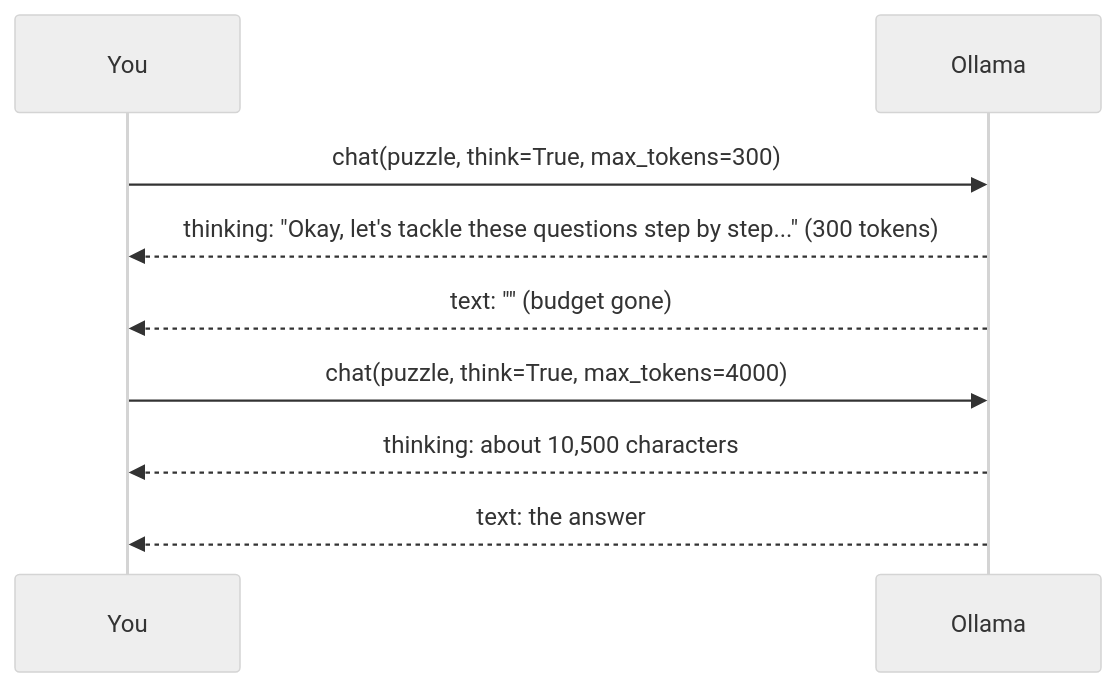
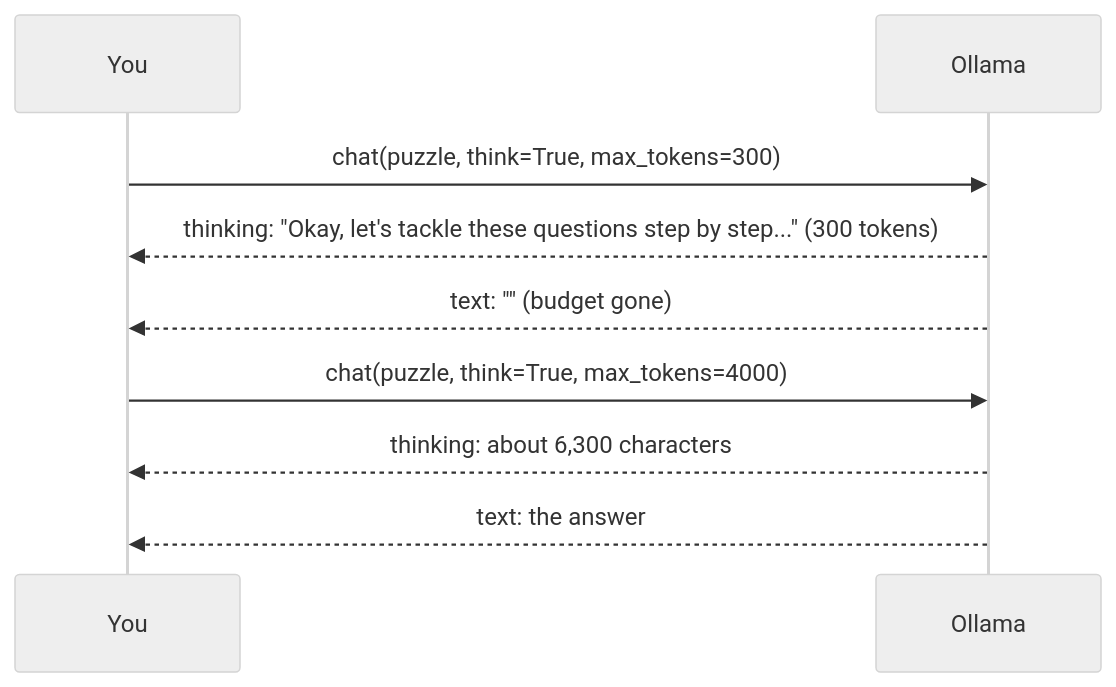
Before and after one commit to AkellaRaviTeja/prompt-engineering-lab: the second of 2 diagrams in lessons/10-thinking-mode/README.md, drawn with Mermaid (neutral theme). The commit also changed other lines of this file and 18 other files, not shown here.

````diff
--- a/lessons/10-thinking-mode/README.md
+++ b/lessons/10-thinking-mode/README.md
@@ -56,11 +56,11 @@
 ```mermaid
 sequenceDiagram
     participant You
     participant Ollama
     You->>Ollama: chat(puzzle, think=True, max_tokens=300)
     Ollama-->>You: thinking: "Okay, let's tackle these questions step by step..." (300 tokens)
     Ollama-->>You: text: "" (budget gone)
     You->>Ollama: chat(puzzle, think=True, max_tokens=4000)
-    Ollama-->>You: thinking: about 10,500 characters
+    Ollama-->>You: thinking: about 6,300 characters
     Ollama-->>You: text: the answer
 ```
````
